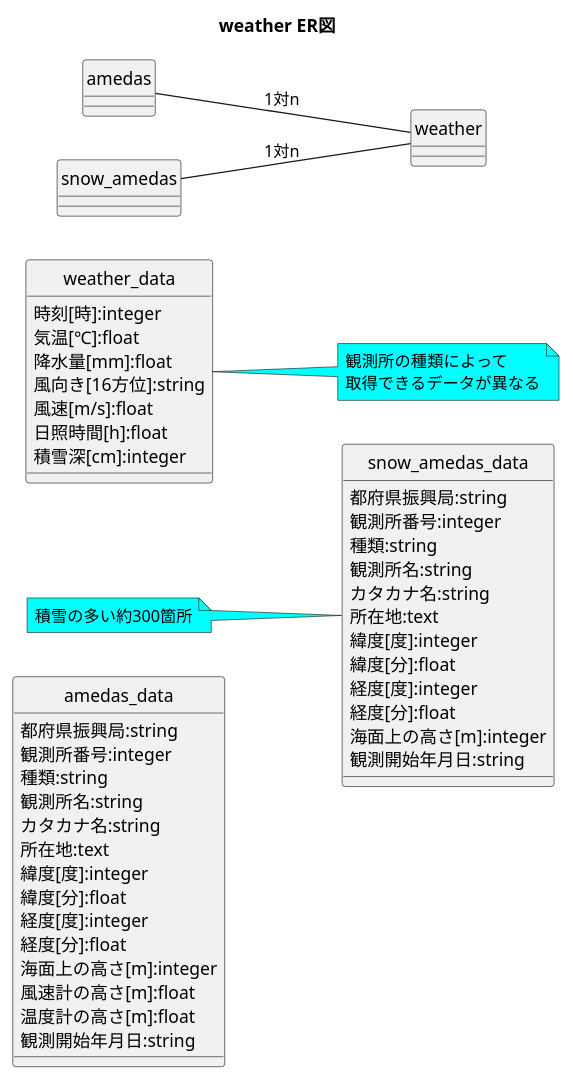
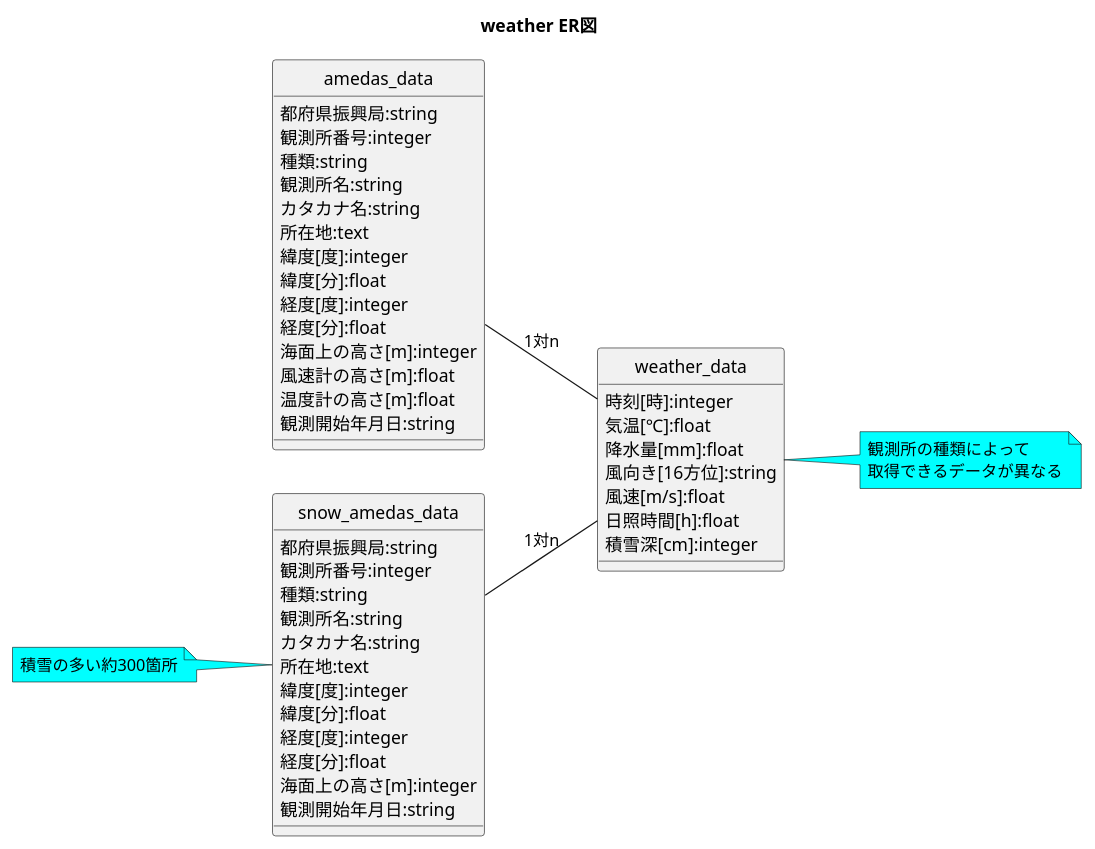
The diagram in doc/db_plan/database.pu (jagio0129/weather), drawn with PlantUML before and after one commit. The commit also changed 1 other file, not shown here.

```diff
--- a/doc/db_plan/database.pu
+++ b/doc/db_plan/database.pu
@@ -1,60 +1,60 @@
 @startuml
 left to right direction
 hide circle
 
 title weather ER図
 
 class amedas_data{
   都府県振興局:string
   観測所番号:integer
   種類:string
   観測所名:string
   カタカナ名:string
   所在地:text
   緯度[度]:integer
   緯度[分]:float
   経度[度]:integer
   経度[分]:float
   海面上の高さ[m]:integer
   風速計の高さ[m]:float
   温度計の高さ[m]:float
   観測開始年月日:string
 }
 
 class snow_amedas_data{
   都府県振興局:string
   観測所番号:integer
   種類:string
   観測所名:string
   カタカナ名:string
   所在地:text
   緯度[度]:integer
   緯度[分]:float
   経度[度]:integer
   経度[分]:float
   海面上の高さ[m]:integer
   観測開始年月日:string
 }
 note left #aqua
   積雪の多い約300箇所
 end note
 
 class weather_data{
   時刻[時]:integer
   気温[℃]:float
   降水量[mm]:float
   風向き[16方位]:string
   風速[m/s]:float
   日照時間[h]:float
   積雪深[cm]:integer
 }
 
 note right #aqua
   観測所の種類によって
   取得できるデータが異なる
 end note
 
-amedas -- weather :1対n
-snow_amedas -- weather :1対n
+amedas_data -- weather_data :1対n
+snow_amedas_data -- weather_data :1対n
 
 @enduml
```
